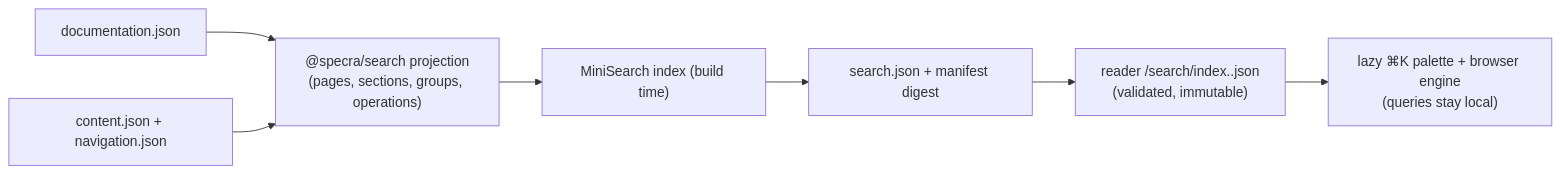
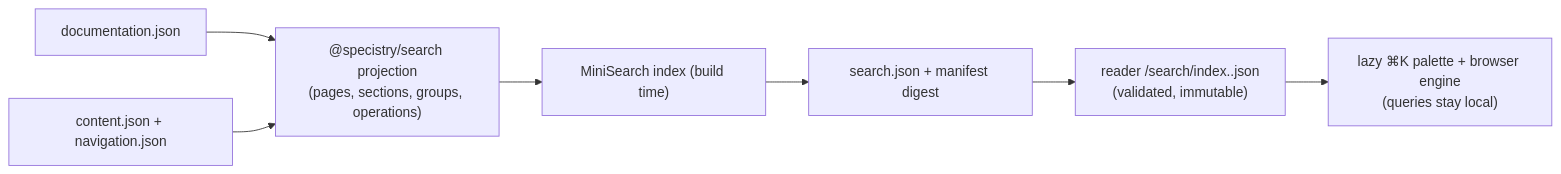
One commit to yannisyoussef/specistry changed the ninth of 12 diagrams in docs/architecture/README.md. Above: the diagram before and after it, drawn with Mermaid. The commit also changed other lines of this file and 329 other files, not shown here.

````diff
--- a/docs/architecture/README.md
+++ b/docs/architecture/README.md
@@ -214,9 +214,9 @@
 ```mermaid
 flowchart LR
-  canonical["documentation.json"] --> project["@specra/search projection\n(pages, sections, groups, operations)"]
+  canonical["documentation.json"] --> project["@specistry/search projection\n(pages, sections, groups, operations)"]
   content["content.json + navigation.json"] --> project
   project --> index["MiniSearch index (build time)"]
   index --> artifact["search.json + manifest digest"]
   artifact --> route["reader /search/index.<digest>.json\n(validated, immutable)"]
   route --> palette["lazy ⌘K palette + browser engine\n(queries stay local)"]
 ```
````
